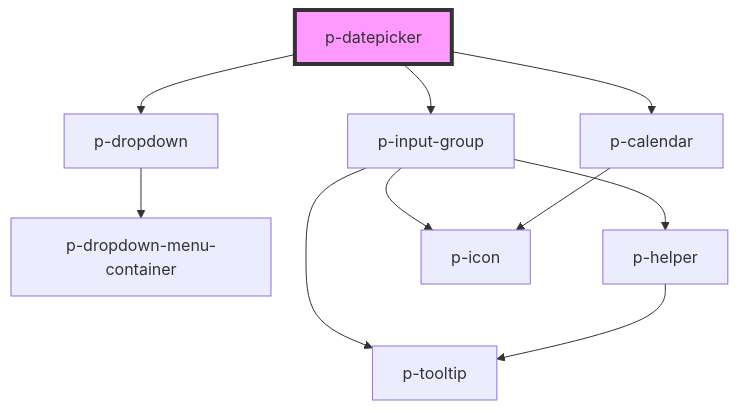
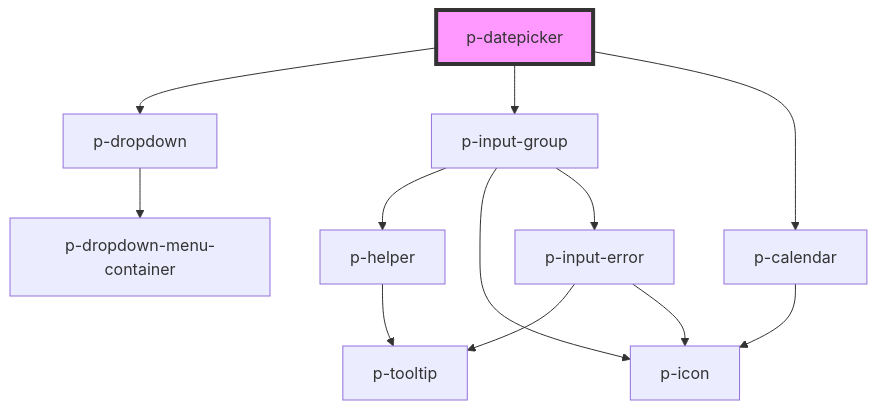
One commit to Employes/paperless changed the diagram in packages/core/src/components/molecules/datepicker/readme.md. Above: the diagram before and after it, drawn with Mermaid. The commit also changed 10 other files, not shown here.

Commit message:
feat(Molecules): Add Input Error Component

````diff
--- a/packages/core/src/components/molecules/datepicker/readme.md
+++ b/packages/core/src/components/molecules/datepicker/readme.md
@@ -51,13 +51,15 @@
 ```mermaid
 graph TD;
   p-datepicker --> p-dropdown
   p-datepicker --> p-input-group
   p-datepicker --> p-calendar
   p-dropdown --> p-dropdown-menu-container
   p-input-group --> p-helper
   p-input-group --> p-icon
-  p-input-group --> p-tooltip
+  p-input-group --> p-input-error
   p-helper --> p-tooltip
+  p-input-error --> p-tooltip
+  p-input-error --> p-icon
   p-calendar --> p-icon
   style p-datepicker fill:#f9f,stroke:#333,stroke-width:4px
 ```
````
